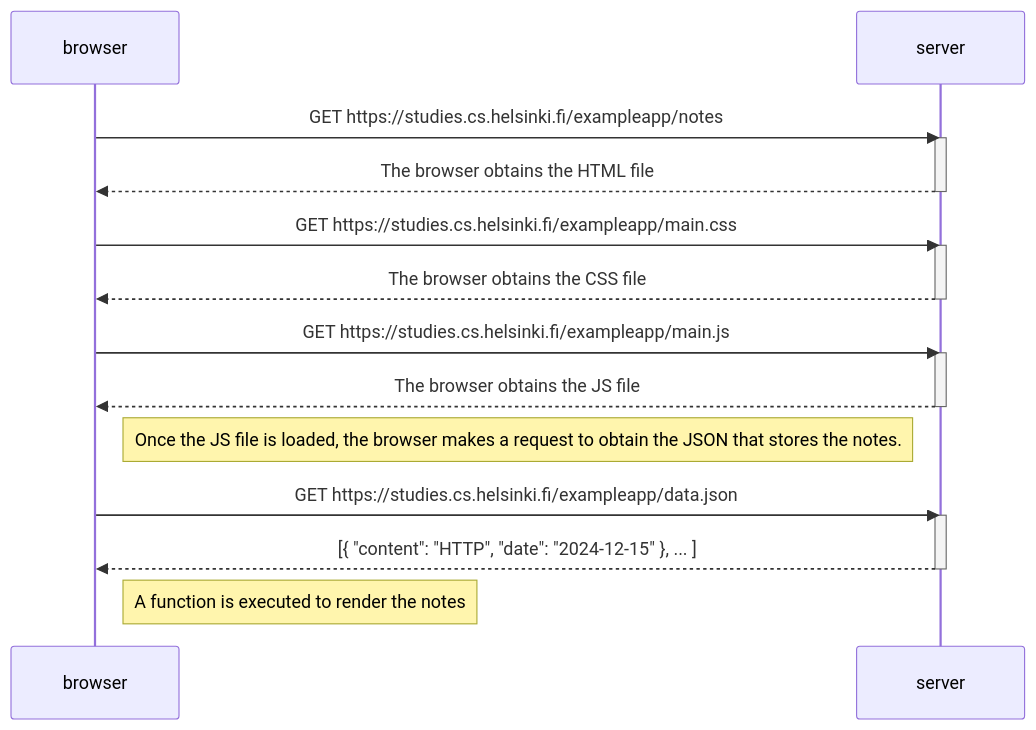
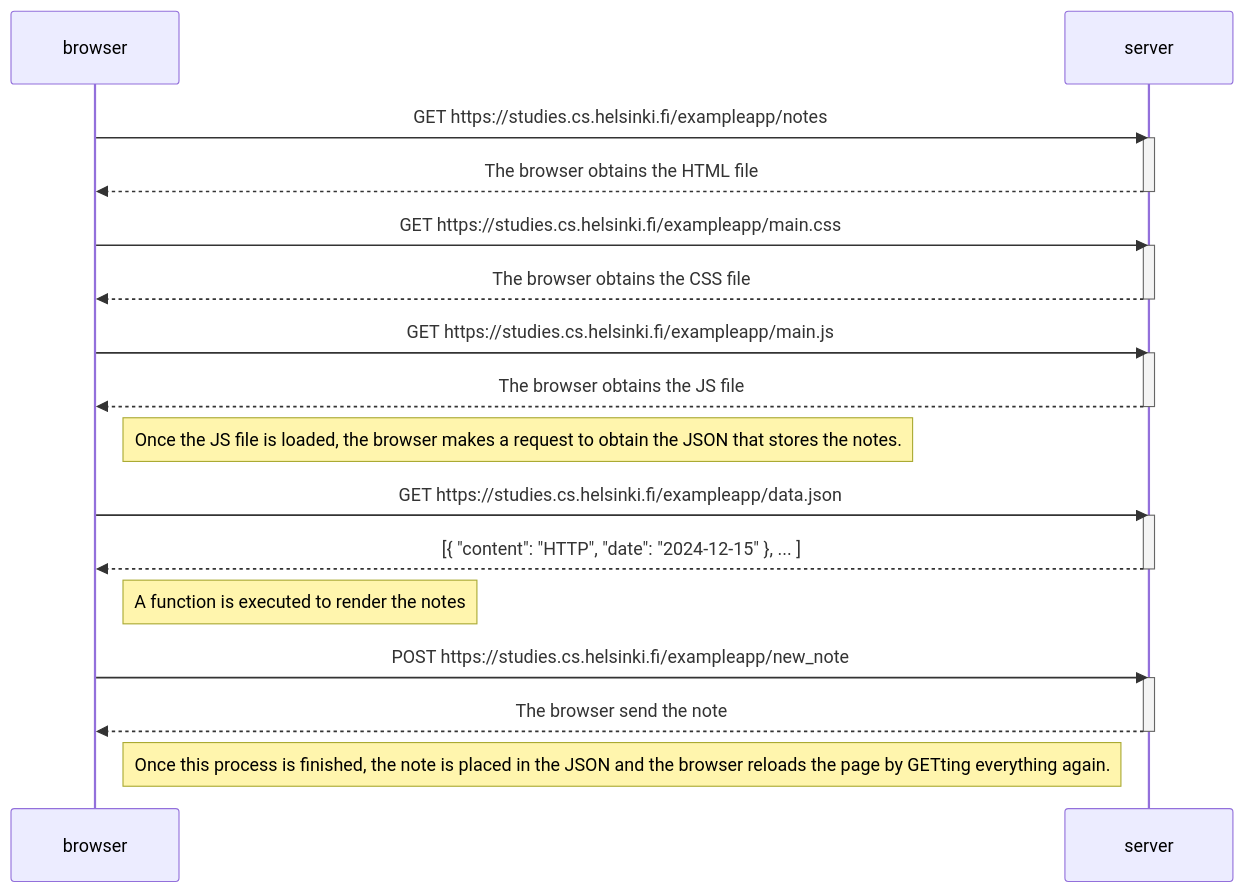
The diagram in part0/04 - New Diagram/diagram.md (Ermianr/full-stack-open-exercises), drawn with Mermaid before and after one commit.

Commit message:
Full diagram with send note logic

````diff
--- a/part0/04 - New Diagram/diagram.md
+++ b/part0/04 - New Diagram/diagram.md
@@ -1,29 +1,36 @@
 ```mermaid
   sequenceDiagram
     participant browser
     participant server
 
     browser->>server: GET https://studies.cs.helsinki.fi/exampleapp/notes
     activate server
     server-->>browser: The browser obtains the HTML file
     deactivate server
 
     browser->>server: GET https://studies.cs.helsinki.fi/exampleapp/main.css
     activate server
     server-->>browser: The browser obtains the CSS file
     deactivate server
 
     browser->>server: GET https://studies.cs.helsinki.fi/exampleapp/main.js
     activate server
     server-->>browser: The browser obtains the JS file
     deactivate server
 
     Note right of browser: Once the JS file is loaded, the browser makes a request to obtain the JSON that stores the notes.
 
     browser->>server: GET https://studies.cs.helsinki.fi/exampleapp/data.json
     activate server
     server-->>browser: [{ "content": "HTTP", "date": "2024-12-15" }, ... ]
     deactivate server
 
     Note right of browser: A function is executed to render the notes
+
+    browser->>server: POST https://studies.cs.helsinki.fi/exampleapp/new_note
+    activate server
+    server-->>browser: The browser send the note
+    deactivate server
+
+    Note right of browser: Once this process is finished, the note is placed in the JSON and the browser reloads the page by GETting everything again.
 ```
````
